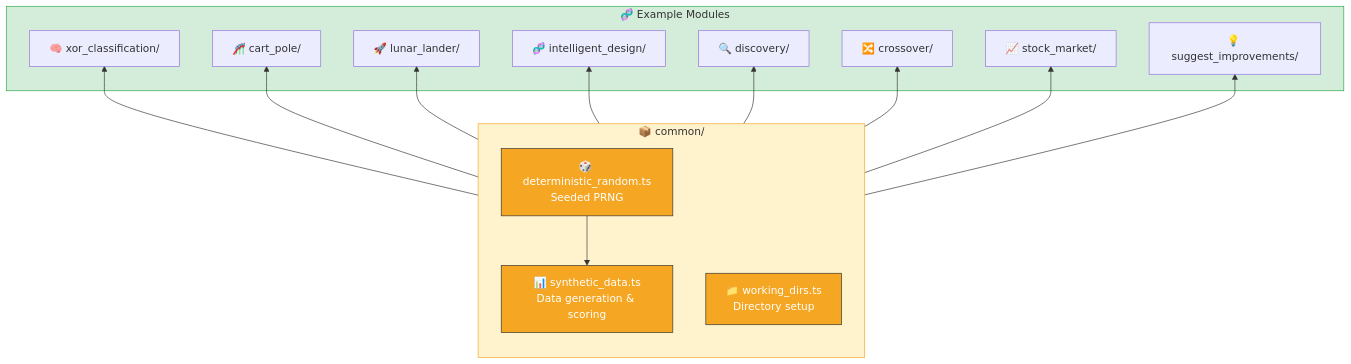
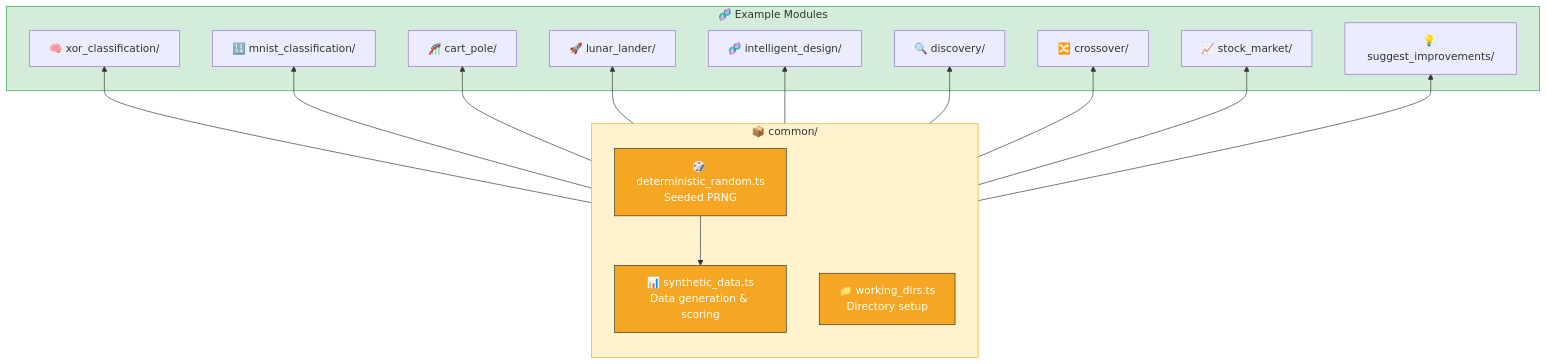
One commit to stSoftwareAU/NEAT-AI-Examples changed the second of 4 diagrams in README.md. Above: the diagram before and after it, drawn with Mermaid. The commit also changed other lines of this file and 8 other files, not shown here.

First line of the commit message:
Add MNIST handwritten digit classification example (#77)

````diff
--- a/README.md
+++ b/README.md
@@ -109,35 +121,37 @@
 ```mermaid
 flowchart BT
     subgraph common ["📦 common/"]
         RNG["🎲 deterministic_random.ts<br/>Seeded PRNG"]
         DATA["📊 synthetic_data.ts<br/>Data generation & scoring"]
         DIRS["📁 working_dirs.ts<br/>Directory setup"]
     end
 
     subgraph examples ["🧬 Example Modules"]
         XOR["🧠 xor_classification/"]
+        MNIST["🔢 mnist_classification/"]
         CART["🎢 cart_pole/"]
         LUNAR["🚀 lunar_lander/"]
         ID["🧬 intelligent_design/"]
         DISC["🔍 discovery/"]
         CROSS["🔀 crossover/"]
         STOCK["📈 stock_market/"]
         SUGGEST["💡 suggest_improvements/"]
     end
 
     RNG --> DATA
     common --> XOR
+    common --> MNIST
     common --> CART
     common --> LUNAR
     common --> ID
     common --> DISC
     common --> CROSS
     common --> STOCK
     common --> SUGGEST
 
     style common fill:#fff3cd,stroke:#f5a623,color:#333
     style examples fill:#d4edda,stroke:#28a745,color:#333
     style RNG fill:#f5a623,stroke:#333,color:#fff
     style DATA fill:#f5a623,stroke:#333,color:#fff
     style DIRS fill:#f5a623,stroke:#333,color:#fff
 ```
````
